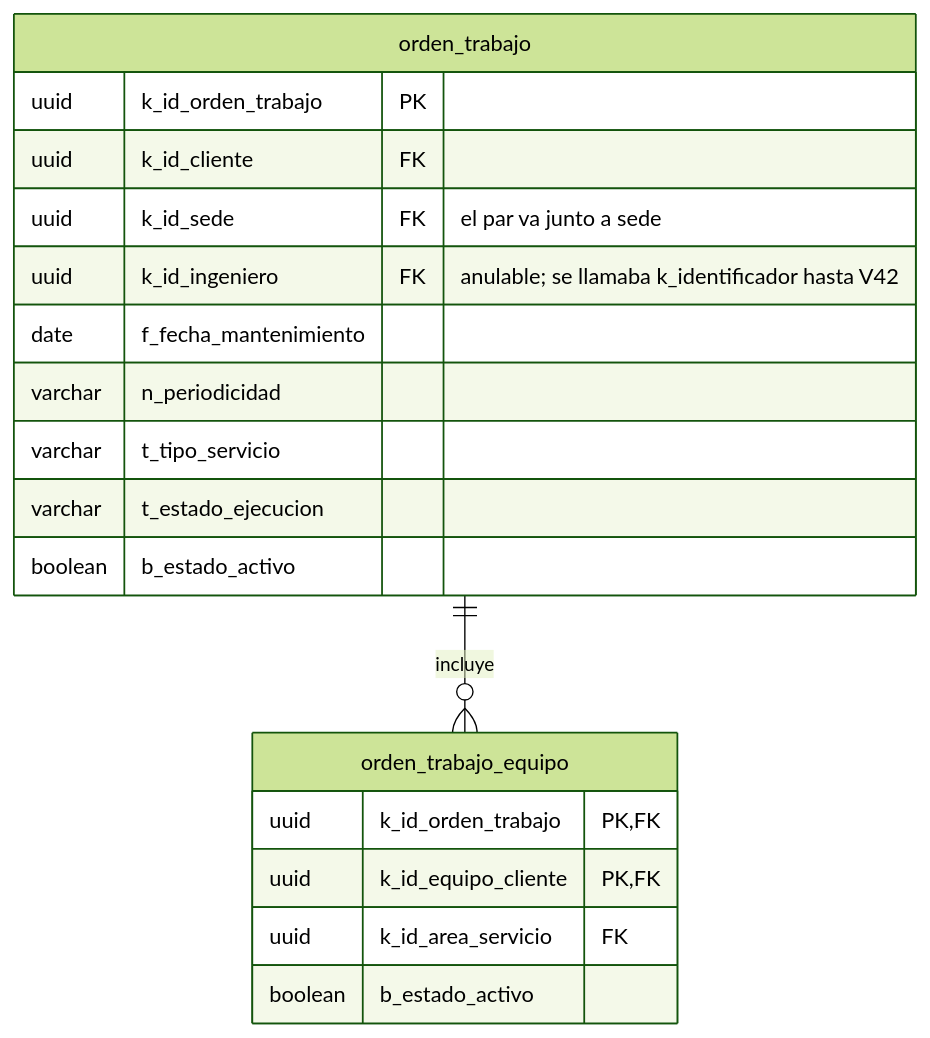
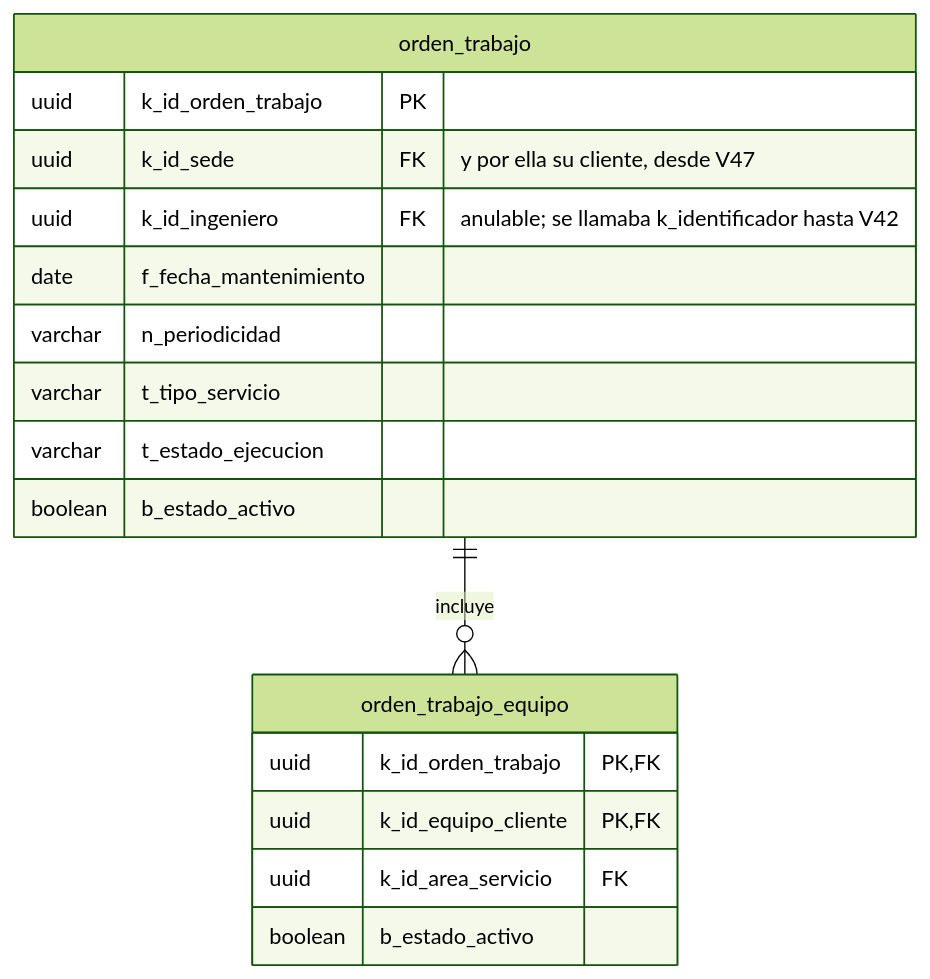
One commit to SeanBol222/MalphasOs changed diagram 11 of 12 in SecondBrain/wiki/base-de-datos/esquema-bd-malphasos.md. Above: the diagram before and after it, drawn with Mermaid (forest theme). The commit also changed other lines of this file and 11 other files, not shown here.

````diff
--- a/SecondBrain/wiki/base-de-datos/esquema-bd-malphasos.md
+++ b/SecondBrain/wiki/base-de-datos/esquema-bd-malphasos.md
@@ -699,21 +703,20 @@
 ```mermaid
 erDiagram
     orden_trabajo ||--o{ orden_trabajo_equipo : "incluye"
     orden_trabajo {
         uuid k_id_orden_trabajo PK
-        uuid k_id_cliente FK
-        uuid k_id_sede FK "el par va junto a sede"
+        uuid k_id_sede FK "y por ella su cliente, desde V47"
         uuid k_id_ingeniero FK "anulable; se llamaba k_identificador hasta V42"
         date f_fecha_mantenimiento
         varchar n_periodicidad
         varchar t_tipo_servicio
         varchar t_estado_ejecucion
         boolean b_estado_activo
     }
     orden_trabajo_equipo {
         uuid k_id_orden_trabajo PK, FK
         uuid k_id_equipo_cliente PK, FK
         uuid k_id_area_servicio FK
         boolean b_estado_activo
     }
 ```
````
